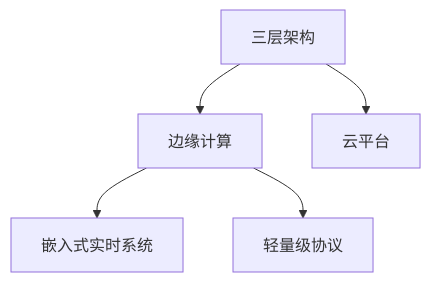
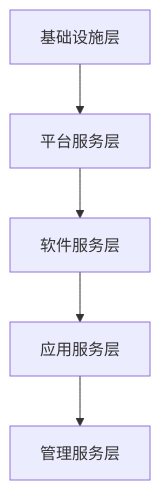
One commit to AdaMartin18010/SystemOSIOT changed the first of 4 diagrams in 3.物联网嵌入式系统/3.1 知识梳理/3.1.3 主要流派与理论.md. Above: the diagram before and after it, drawn with Mermaid. The commit also changed other lines of this file and 118 other files, not shown here.

````diff
--- a/3.物联网嵌入式系统/3.1 知识梳理/3.1.3 主要流派与理论.md
+++ b/3.物联网嵌入式系统/3.1 知识梳理/3.1.3 主要流派与理论.md
@@ -30,7 +100,7 @@
 ```mermaid
-graph TD;
-  A[三层架构] --> B[边缘计算];
-  A --> C[云平台];
-  B --> D[嵌入式实时系统];
-  B --> E[轻量级协议];
+graph TD
+    A[基础设施层] --> B[平台服务层]
+    B --> C[软件服务层]
+    C --> D[应用服务层]
+    D --> E[管理服务层]
 ```
````
